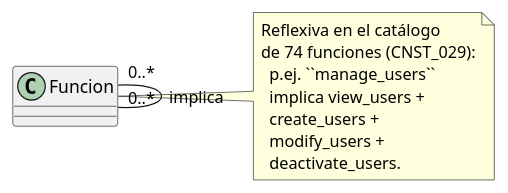
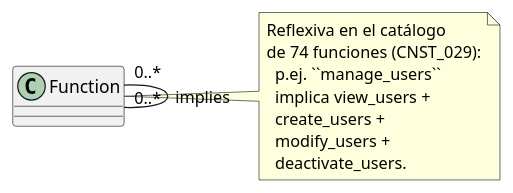
Before and after one commit to jcg-admin/IACT-docs: the diagram in source/requisitos/_metodologia-aplicacion/relaciones-uml/funcion-compuesta-funcion-funcion.rst, drawn with PlantUML. The commit also changed 19 other files, not shown here.

First line of the commit message:
Translate identifiers in B-C relaciones-uml/ (T-011..T-030)

```diff
--- a/source/requisitos/_metodologia-aplicacion/relaciones-uml/funcion-compuesta-funcion-funcion.rst
+++ b/source/requisitos/_metodologia-aplicacion/relaciones-uml/funcion-compuesta-funcion-funcion.rst
@@ -7,16 +7,16 @@
 .. uml::
 
    @startuml
 
-   class Funcion
-   Funcion "0..*" -- "0..*" Funcion : implica
-   note right of Funcion
+   class Function
+   Function "0..*" -- "0..*" Function : implies
+   note right of Function
      Reflexiva en el catálogo
      de 74 funciones (CNST_029):
        p.ej. ``manage_users``
        implica view_users +
        create_users +
        modify_users +
        deactivate_users.
    end note
    @enduml
```
